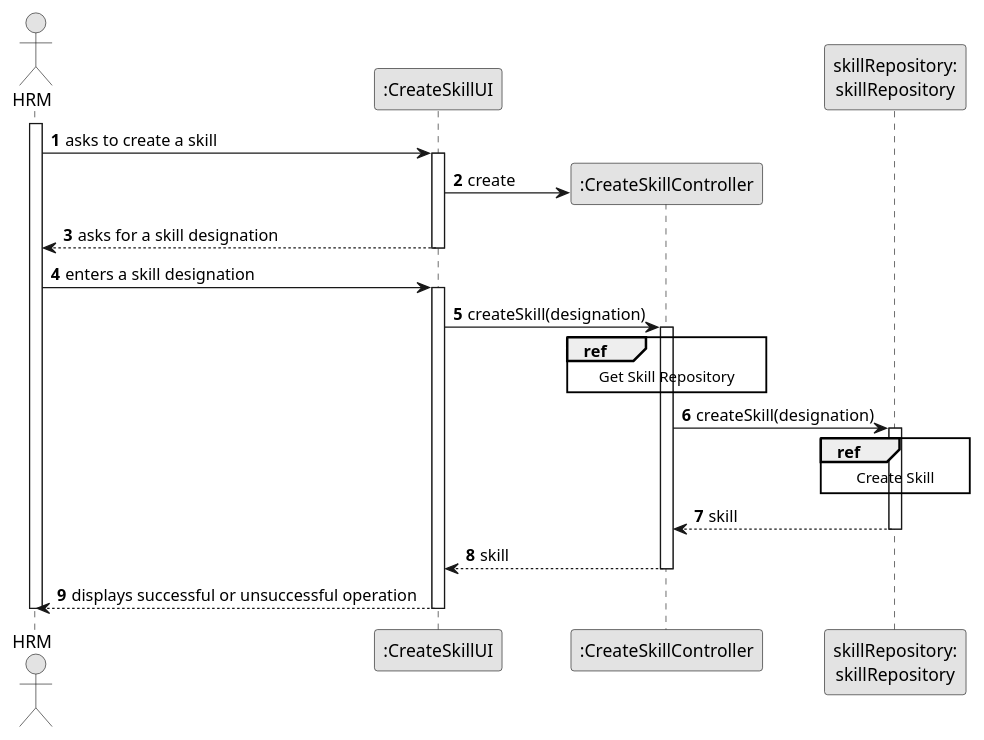
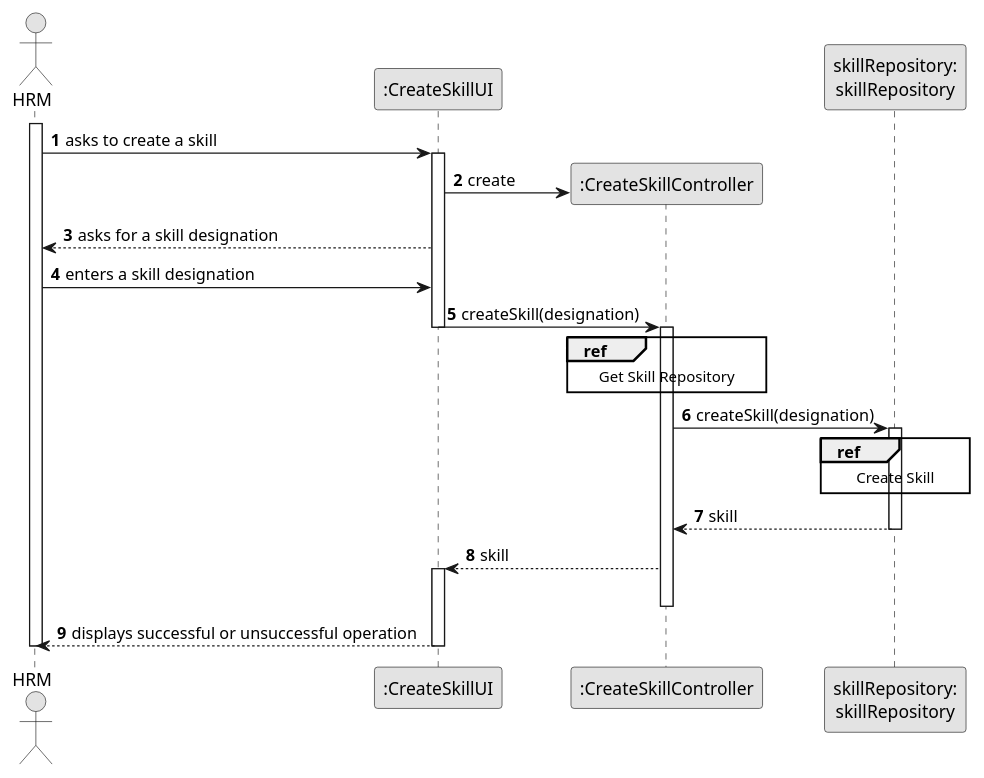
One commit to ricardomm7/leaflink changed the diagram in docs/sprintB/us001/03.design/puml/us001-sequence-diagram-split.puml. Above: the diagram before and after it, drawn with PlantUML. The commit also changed 1 other file, not shown here.

```diff
--- a/docs/sprintB/us001/03.design/puml/us001-sequence-diagram-split.puml
+++ b/docs/sprintB/us001/03.design/puml/us001-sequence-diagram-split.puml
@@ -1,52 +1,52 @@
 @startuml
 skinparam monochrome true
 skinparam packageStyle rectangle
 skinparam shadowing false
 
 autonumber
 
 actor "HRM" as HRM
 participant ":CreateSkillUI" as UI
 participant ":CreateSkillController" as CTRL
 participant "skillRepository:\nskillRepository" as skillRepository
 
 activate HRM
 
 HRM ->UI : asks to create a skill
 activate UI
 
 UI -> CTRL** : create
 
 UI --> HRM : asks for a skill designation
-deactivate UI
 
 HRM -> UI : enters a skill designation
-activate UI
 
 UI->CTRL : createSkill(designation)
+deactivate UI
 activate CTRL
 
 ref over CTRL
 Get Skill Repository
 end ref
 
 CTRL -> skillRepository : createSkill(designation)
 
 activate skillRepository
 ref over skillRepository
 Create Skill
 end ref
 
     CTRL <-- skillRepository : skill
     deactivate skillRepository
 
 
 
     CTRL --> UI : skill
+    activate UI
     deactivate CTRL
 
 
     UI --> HRM : displays successful or unsuccessful operation
     deactivate UI
 deactivate HRM
 @enduml
```
